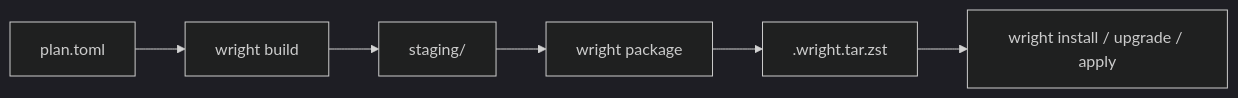
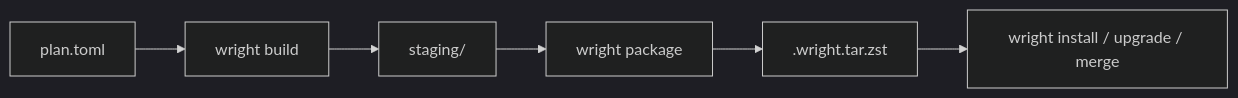
One commit to ming2k/wright changed the diagram in docs/explanation/architecture.md. Above: the diagram before and after it, drawn with Mermaid (dark theme). The commit also changed other lines of this file and 176 other files, not shown here.

````diff
--- a/docs/explanation/architecture.md
+++ b/docs/explanation/architecture.md
@@ -14,8 +14,8 @@
 ```mermaid
 flowchart LR
     Plan["plan.toml"] --> Build["wright build"]
     Build --> Staging["staging/"]
     Staging --> Package["wright package"]
     Package --> Archive[".wright.tar.zst"]
-    Archive --> System["wright install / upgrade / apply"]
+    Archive --> System["wright install / upgrade / merge"]
 ```
````
